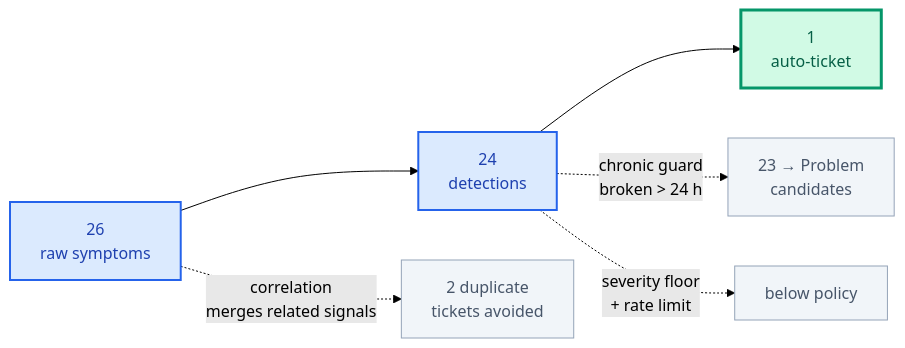
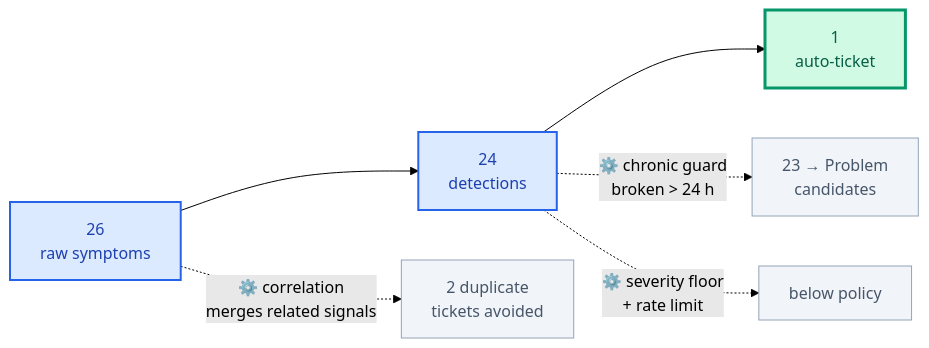
The third of 8 diagrams in usecase/UC-05-Zero-Touch-Incident-Command.md (cskaruppu/Openshift-mcp-server), drawn with Mermaid (forest theme) before and after one commit. The commit also changed other lines of this file and 5 other files, not shown here.

First line of the commit message:
docs: colour-code every UC-05 flow by actor — AI vs automatic vs manual

````diff
--- a/usecase/UC-05-Zero-Touch-Incident-Command.md
+++ b/usecase/UC-05-Zero-Touch-Incident-Command.md
@@ -113,16 +199,16 @@
 ```mermaid
 flowchart LR
     A["26<br/>raw symptoms"] --> B["24<br/>detections"]
     B --> C["1<br/>auto-ticket"]
 
-    A -. "correlation<br/>merges related signals" .-> N1["2 duplicate<br/>tickets avoided"]
-    B -. "chronic guard<br/>broken &gt; 24 h" .-> N2["23 → Problem<br/>candidates"]
-    B -. "severity floor<br/>+ rate limit" .-> N3["below policy"]
+    A -. "⚙️ correlation<br/>merges related signals" .-> N1["2 duplicate<br/>tickets avoided"]
+    B -. "⚙️ chronic guard<br/>broken &gt; 24 h" .-> N2["23 → Problem<br/>candidates"]
+    B -. "⚙️ severity floor<br/>+ rate limit" .-> N3["below policy"]
 
-    classDef big fill:#dbeafe,stroke:#2563eb,stroke-width:2px,color:#1e40af,font-size:16px
+    classDef big fill:#dbeafe,stroke:#2563eb,stroke-width:2px,color:#1e40af
     classDef filt fill:#f1f5f9,stroke:#94a3b8,color:#475569
-    classDef win fill:#d1fae5,stroke:#059669,stroke-width:3px,color:#065f46,font-size:16px
+    classDef win fill:#d1fae5,stroke:#059669,stroke-width:3px,color:#065f46
     class A,B big
     class C win
     class N1,N2,N3 filt
 ```
````
